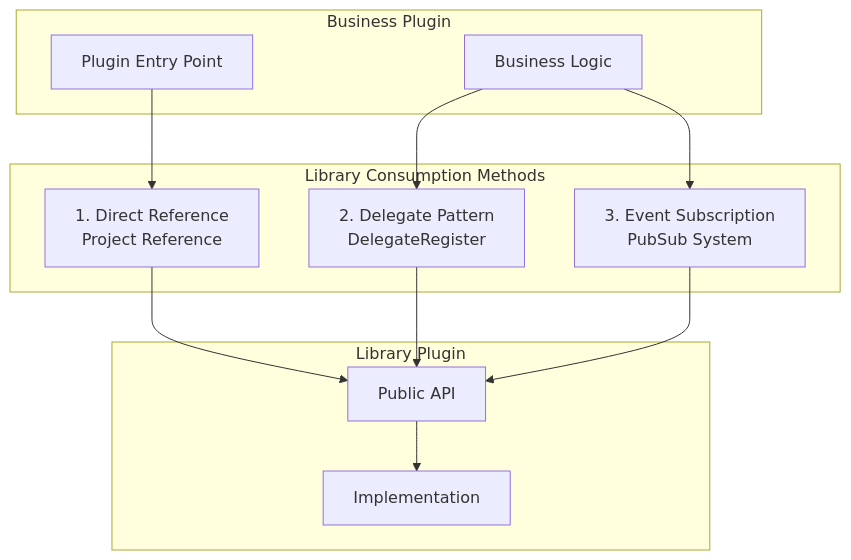
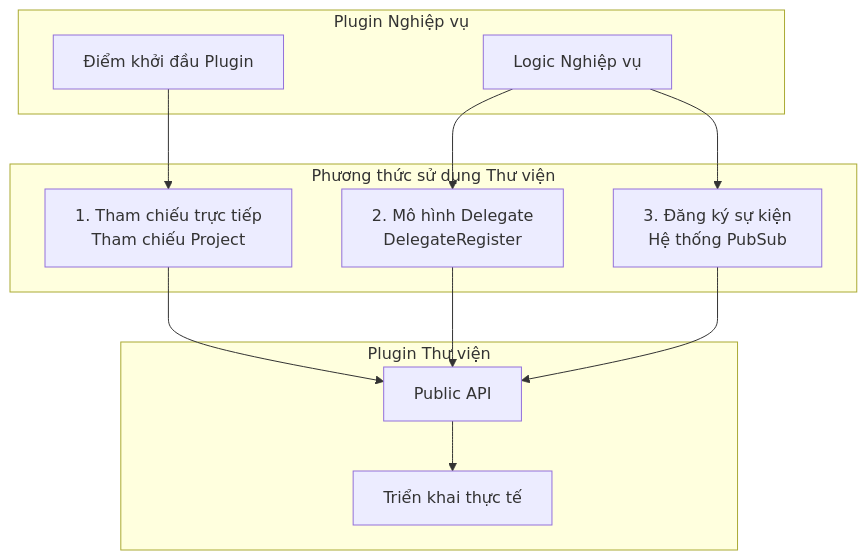
One commit to thangpnb/HIS changed the eighth of 14 diagrams in docs/his-ba-documentation/04-integrations/helper-plugins.md. Above: the diagram before and after it, drawn with Mermaid. The commit also changed other lines of this file and 30 other files, not shown here.

Commit message:
Refactor architecture docs and update translations

````diff
--- a/docs/his-ba-documentation/04-integrations/helper-plugins.md
+++ b/docs/his-ba-documentation/04-integrations/helper-plugins.md
@@ -315,28 +315,28 @@
 ```mermaid
 graph TB
-    subgraph "Business Plugin"
-        PluginEntry["Plugin Entry Point"]
-        BusinessLogic["Business Logic"]
+    subgraph "Plugin Nghiệp vụ"
+        PluginEntry["Điểm khởi đầu Plugin"]
+        BusinessLogic["Logic Nghiệp vụ"]
     end
     
-    subgraph "Library Consumption Methods"
-        DirectRef["1. Direct Reference<br/>Project Reference"]
-        DelegateCall["2. Delegate Pattern<br/>DelegateRegister"]
-        EventSub["3. Event Subscription<br/>PubSub System"]
+    subgraph "Phương thức sử dụng Thư viện"
+        DirectRef["1. Tham chiếu trực tiếp<br/>Tham chiếu Project"]
+        DelegateCall["2. Mô hình Delegate<br/>DelegateRegister"]
+        EventSub["3. Đăng ký sự kiện<br/>Hệ thống PubSub"]
     end
     
-    subgraph "Library Plugin"
+    subgraph "Plugin Thư viện"
         LibraryAPI["Public API"]
-        LibraryImpl["Implementation"]
+        LibraryImpl["Triển khai thực tế"]
     end
     
     PluginEntry --> DirectRef
     BusinessLogic --> DelegateCall
     BusinessLogic --> EventSub
     
     DirectRef --> LibraryAPI
     DelegateCall --> LibraryAPI
     EventSub --> LibraryAPI
     
     LibraryAPI --> LibraryImpl
 ```
````
